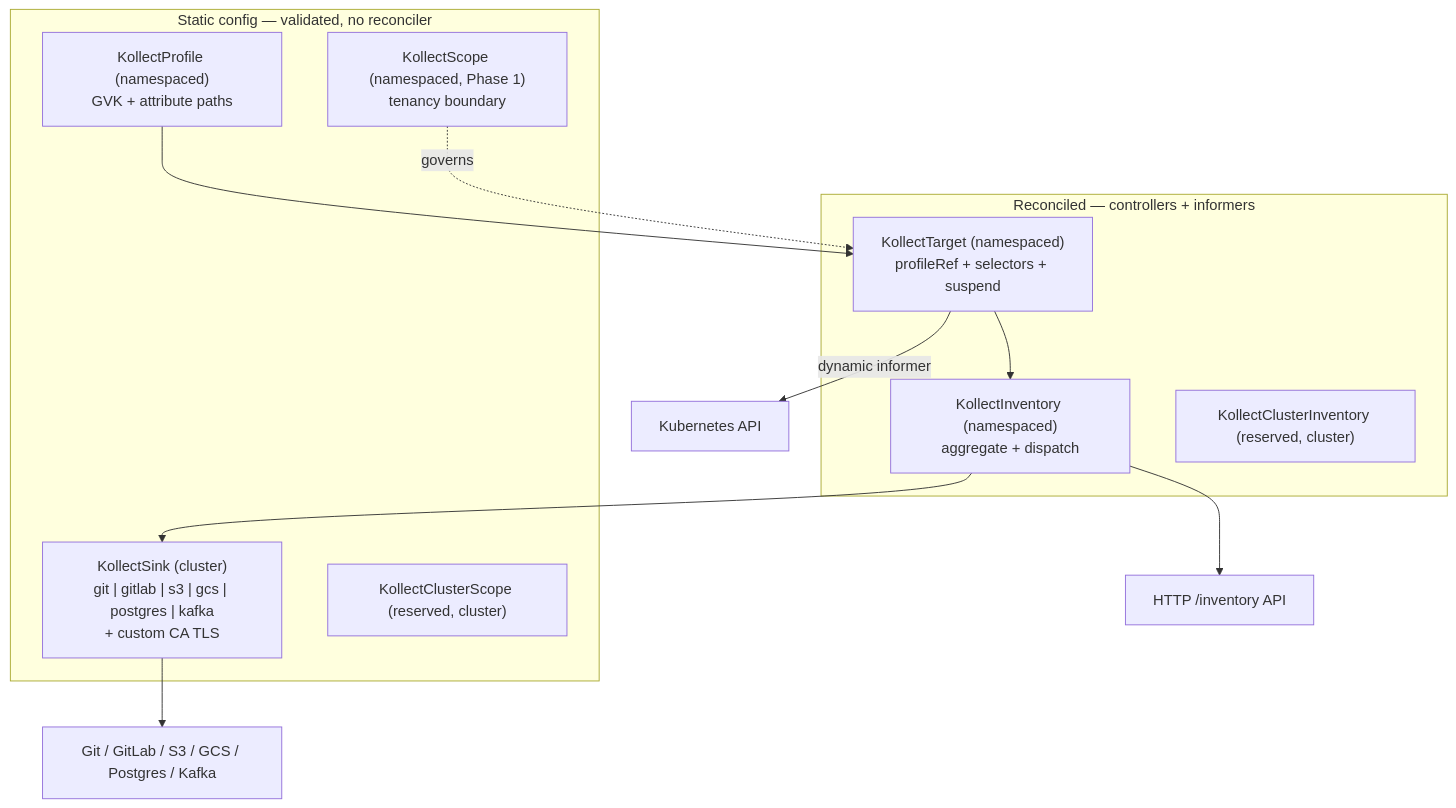
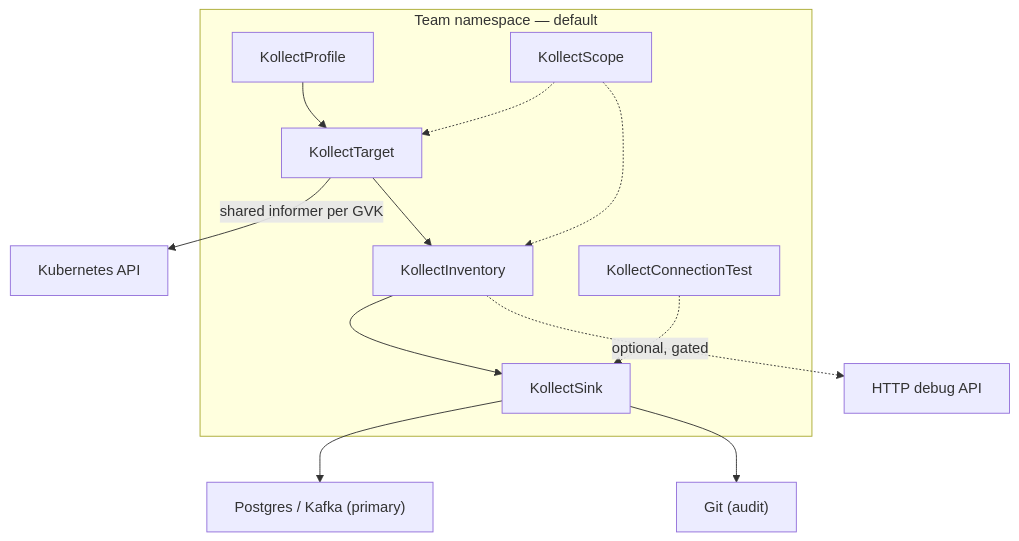
Before and after one commit to PlatformRelay/Kollect: the first of 2 diagrams in docs/ARCHITECTURE.md, drawn with Mermaid. The commit also changed other lines of this file and 12 other files, not shown here.

First line of the commit message:
:page_facing_up: docs: platform architecture pivot ADR-0032

````diff
--- a/docs/ARCHITECTURE.md
+++ b/docs/ARCHITECTURE.md
@@ -25,23 +27,22 @@
 ```mermaid
 flowchart TD
-  subgraph staticCfg [Static config — validated, no reconciler]
-    Profile["KollectProfile (namespaced)\nGVK + attribute paths"]
-    Sink["KollectSink (cluster)\ngit | gitlab | s3 | gcs | postgres | kafka\n+ custom CA TLS"]
-    Scope["KollectScope (namespaced, Phase 1)\ntenancy boundary"]
-    CScope["KollectClusterScope (reserved, cluster)"]
-  end
-
-  subgraph reconciled [Reconciled — controllers + informers]
-    Target["KollectTarget (namespaced)\nprofileRef + selectors + suspend"]
-    Inv["KollectInventory (namespaced)\naggregate + dispatch"]
-    CInv["KollectClusterInventory (reserved, cluster)"]
+  subgraph teamNs [Team namespace — default]
+    Profile["KollectProfile"]
+    Sink["KollectSink"]
+    Scope["KollectScope"]
+    Target["KollectTarget"]
+    Inv["KollectInventory"]
+    ConnTest["KollectConnectionTest"]
   end
 
   Profile --> Target
-  Scope -.governs.-> Target
-  Target -->|"dynamic informer"| K8s["Kubernetes API"]
+  Scope -.-> Target
+  Scope -.-> Inv
+  Target -->|"shared informer per GVK"| K8s["Kubernetes API"]
   Target --> Inv
   Inv --> Sink
-  Inv --> HTTP["HTTP /inventory API"]
-  Sink --> Backends["Git / GitLab / S3 / GCS / Postgres / Kafka"]
+  ConnTest -.-> Sink
+  Sink --> DB["Postgres / Kafka (primary)"]
+  Sink --> Git["Git (audit)"]
+  Inv -.->|"optional, gated"| HTTP["HTTP debug API"]
 ```
````
